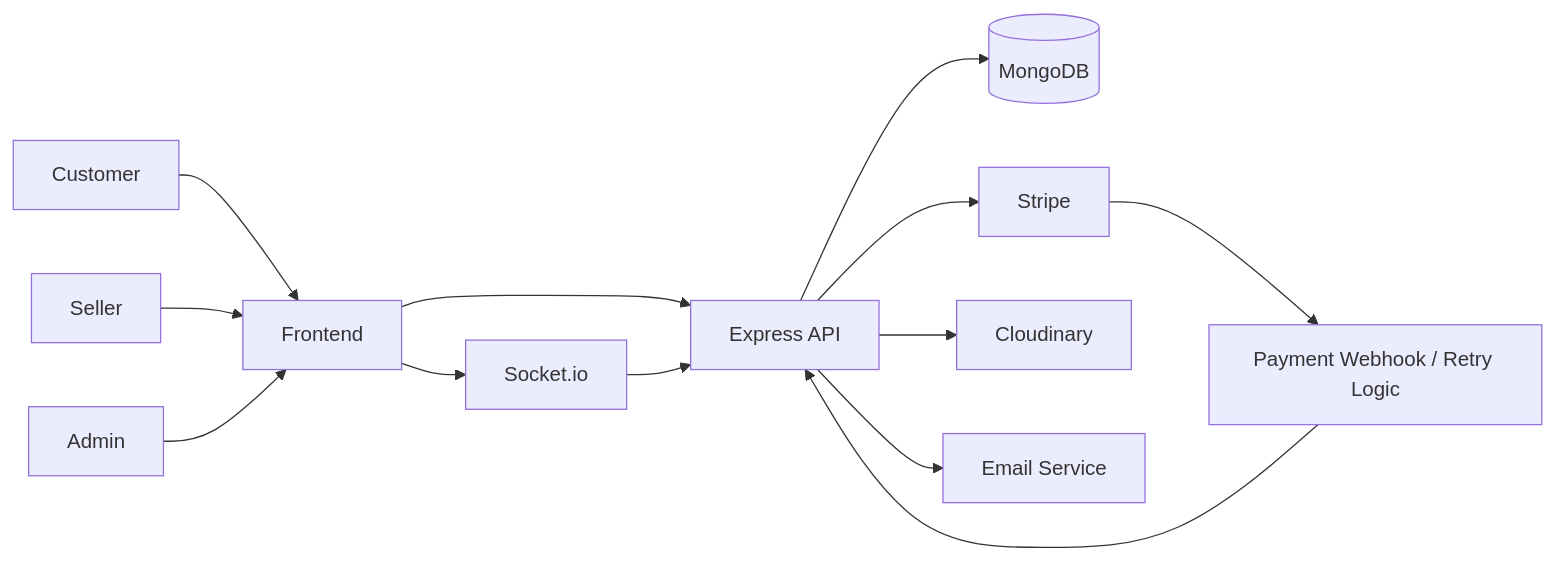
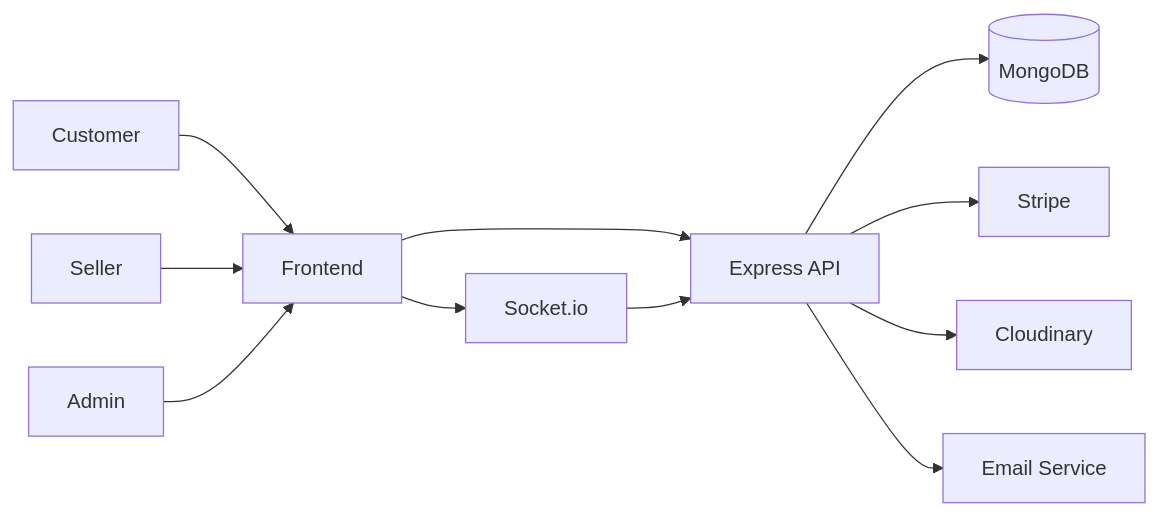
The first of 5 diagrams in README.md (muhammad-hammad-sarwar/multi-vendor-ecommerce), drawn with Mermaid before and after one commit. The commit also changed other lines of this file and 7 other files, not shown here.

````diff
--- a/README.md
+++ b/README.md
@@ -35,18 +35,17 @@
 ```mermaid
 flowchart LR
     U[Customer] --> FE[Frontend]
     S[Seller] --> FE
     A[Admin] --> FE
 
     FE --> API[Express API]
     API --> DB[(MongoDB)]
     API --> Stripe[Stripe]
     API --> Cloud[Cloudinary]
     API --> Mail[Email Service]
 
     FE --> WS[Socket.io]
     WS --> API
 
-    Stripe --> Webhook[Payment Webhook / Retry Logic]
-    Webhook --> API
+    Stripe
 ```
````
